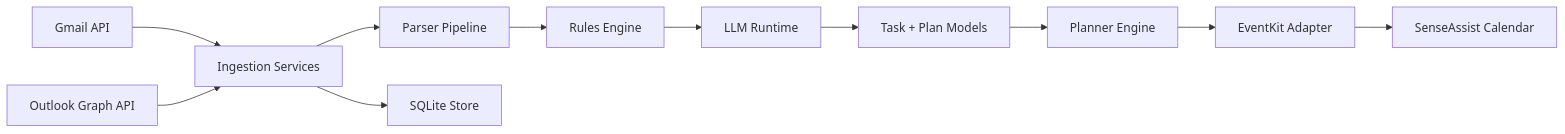
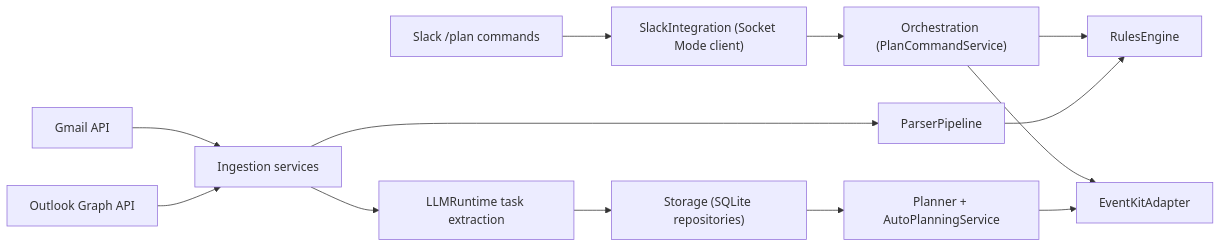
The diagram in README.md (DevDesai444/SenseAssist), drawn with Mermaid before and after one commit. The commit also changed other lines of this file, not shown here.

First line of the commit message:
Expand README: project plan, docs, and usage

````diff
--- a/README.md
+++ b/README.md
@@ -39,13 +57,15 @@
 ```mermaid
 flowchart LR
-    A["Gmail API"] --> B["Ingestion Services"]
-    C["Outlook Graph API"] --> B
-    B --> D["Parser Pipeline"]
-    D --> E["Rules Engine"]
-    E --> F["LLM Runtime"]
-    F --> G["Task + Plan Models"]
-    G --> H["Planner Engine"]
-    H --> I["EventKit Adapter"]
-    I --> J["SenseAssist Calendar"]
-    B --> K["SQLite Store"]
+    A["Slack /plan commands"] --> B["SlackIntegration (Socket Mode client)"]
+    B --> C["Orchestration (PlanCommandService)"]
+    C --> D["RulesEngine"]
+    C --> E["EventKitAdapter"]
+    F["Gmail API"] --> G["Ingestion services"]
+    H["Outlook Graph API"] --> G
+    G --> I["ParserPipeline"]
+    I --> D
+    G --> J["LLMRuntime task extraction"]
+    J --> K["Storage (SQLite repositories)"]
+    K --> L["Planner + AutoPlanningService"]
+    L --> E
 ```
````
